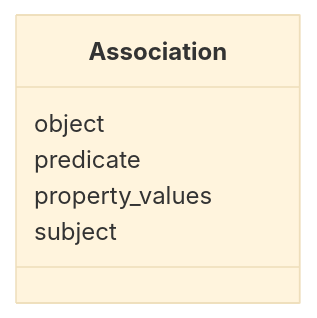
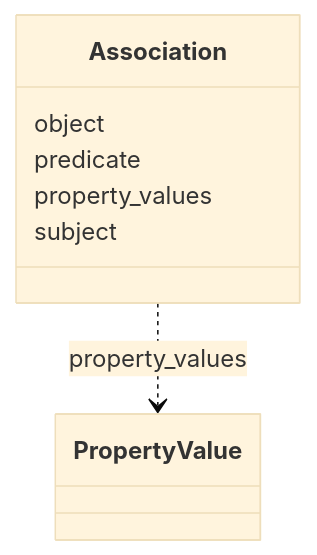
The diagram in association/Association.md (INCATools/ontology-access-kit), drawn with Mermaid (base theme) before and after one commit. The commit also changed other lines of this file and 1783 other files, not shown here.

````diff
--- a/association/Association.md
+++ b/association/Association.md
@@ -11,9 +11,15 @@
 ```{mermaid}
  classDiagram
     class Association
       Association : object
+        
       Association : predicate
+        
       Association : property_values
+        
+          Association ..> PropertyValue : property_values
+        
       Association : subject
+        
       
 ```
````
